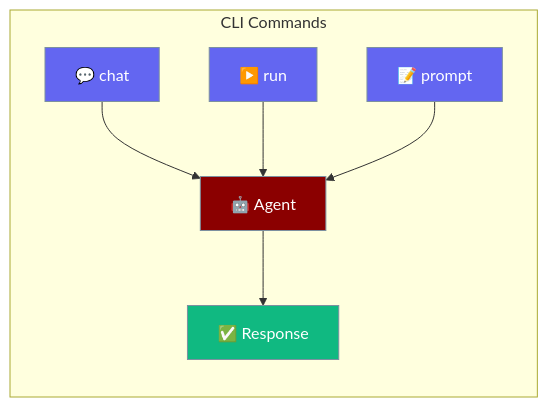
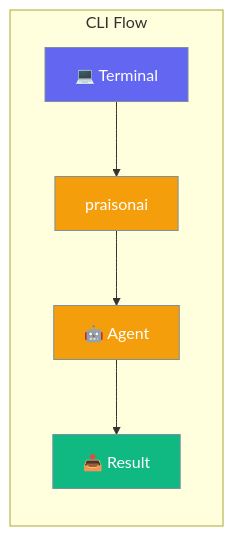
The diagram in docs/rust/cli.mdx (MervinPraison/PraisonAIDocs), drawn with Mermaid before and after one commit. The commit also changed other lines of this file and 87 other files, not shown here.

````diff
--- a/docs/rust/cli.mdx
+++ b/docs/rust/cli.mdx
@@ -10,17 +10,16 @@
 ```mermaid
 graph LR
-    subgraph "CLI Commands"
-        Chat[💬 chat] --> Agent[🤖 Agent]
-        Run[▶️ run] --> Agent
-        Prompt[📝 prompt] --> Agent
-        Agent --> Response[✅ Response]
+    subgraph "CLI Flow"
+        T[💻 Terminal] --> C[praisonai]
+        C --> A[🤖 Agent]
+        A --> R[📤 Result]
     end
     
-    classDef cmd fill:#6366F1,stroke:#7C90A0,color:#fff
-    classDef agent fill:#8B0000,stroke:#7C90A0,color:#fff
+    classDef terminal fill:#6366F1,stroke:#7C90A0,color:#fff
+    classDef agent fill:#F59E0B,stroke:#7C90A0,color:#fff
     classDef result fill:#10B981,stroke:#7C90A0,color:#fff
     
-    class Chat,Run,Prompt cmd
-    class Agent agent
-    class Response result
+    class T terminal
+    class C,A agent
+    class R result
 ```
````
